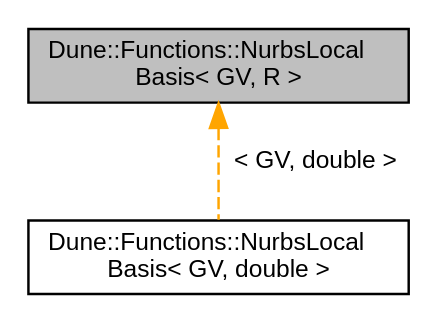
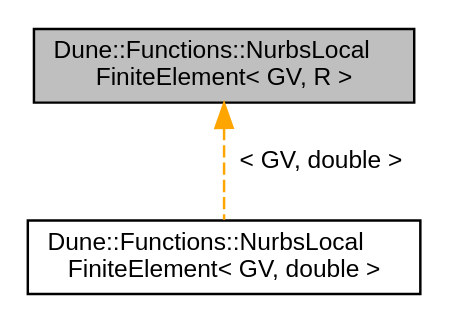
One commit to rath3t/dune-iga-doc changed the diagram in da/d77/a01381.dot. Above: the diagram before and after it, drawn with Graphviz. The commit also changed 1449 other files, not shown here.

```diff
--- a/da/d77/a01381.dot
+++ b/da/d77/a01381.dot
@@ -1,9 +1,9 @@
-digraph "Dune::Functions::NurbsLocalBasis&lt; GV, R &gt;"
+digraph "Dune::Functions::NurbsLocalFiniteElement&lt; GV, R &gt;"
 {
  // LATEX_PDF_SIZE
   edge [fontname="Helvetica",fontsize="10",labelfontname="Helvetica",labelfontsize="10"];
   node [fontname="Helvetica",fontsize="10",shape=record];
-  Node1 [label="Dune::Functions::NurbsLocal\lBasis\< GV, R \>",height=0.2,width=0.4,color="black", fillcolor="grey75", style="filled", fontcolor="black",tooltip="LocalBasis class in the sense of dune-localfunctions, presenting the restriction of a B-spline patch ..."];
+  Node1 [label="Dune::Functions::NurbsLocal\lFiniteElement\< GV, R \>",height=0.2,width=0.4,color="black", fillcolor="grey75", style="filled", fontcolor="black",tooltip="LocalFiniteElement in the sense of dune-localfunctions, for the B-spline basis on tensor-product grid..."];
   Node1 -> Node2 [dir="back",color="orange",fontsize="10",style="dashed",label=" \< GV, double \>" ,fontname="Helvetica"];
-  Node2 [label="Dune::Functions::NurbsLocal\lBasis\< GV, double \>",height=0.2,width=0.4,color="black", fillcolor="white", style="filled",URL="$de/d9d/a01382.html",tooltip=" "];
+  Node2 [label="Dune::Functions::NurbsLocal\lFiniteElement\< GV, double \>",height=0.2,width=0.4,color="black", fillcolor="white", style="filled",URL="$de/d9d/a01382.html",tooltip=" "];
 }
```
